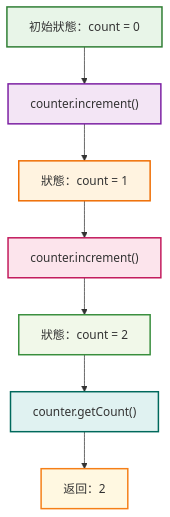
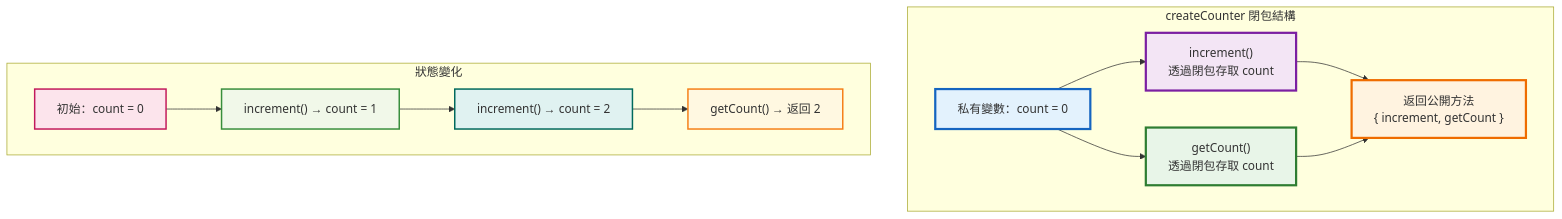
The second of 5 diagrams in source/_posts/lokiTech-js-baseclass-2.md (summer10920/summer10920.github.io), drawn with Mermaid before and after one commit. The commit also changed other lines of this file and 1 other file, not shown here.

```diff
--- a/source/_posts/lokiTech-js-baseclass-2.md
+++ b/source/_posts/lokiTech-js-baseclass-2.md
@@ -1183,16 +1030,33 @@
 {% mermaid graph TD %}
-    A["初始狀態：count = 0"] --> B["counter.increment()"]
-    B --> C["狀態：count = 1"]
-    C --> D["counter.increment()"]
-    D --> E["狀態：count = 2"]
-    E --> F["counter.getCount()"]
-    F --> G["返回：2"]
+    subgraph "createCounter 閉包結構"
+        A["私有變數：count = 0"]
+        B["increment()<br/>透過閉包存取 count"]
+        C["getCount()<br/>透過閉包存取 count"]
+        D["返回公開方法<br/>{ increment, getCount }"]
+    end
     
-    style A fill:#e8f5e8,stroke:#2e7d32,stroke-width:2px
-    style B fill:#f3e5f5,stroke:#7b1fa2,stroke-width:2px
-    style C fill:#fff3e0,stroke:#ef6c00,stroke-width:2px
-    style D fill:#fce4ec,stroke:#c2185b,stroke-width:2px
-    style E fill:#f1f8e9,stroke:#388e3c,stroke-width:2px
-    style F fill:#e0f2f1,stroke:#00695c,stroke-width:2px
-    style G fill:#fff8e1,stroke:#f57f17,stroke-width:2px
+    subgraph "狀態變化"
+        E["初始：count = 0"]
+        F["increment() → count = 1"]
+        G["increment() → count = 2"]
+        H["getCount() → 返回 2"]
+    end
+    
+    A --> B
+    A --> C
+    B --> D
+    C --> D
+    
+    E --> F
+    F --> G
+    G --> H
+    
+    style A fill:#e3f2fd,stroke:#1565c0,stroke-width:3px
+    style B fill:#f3e5f5,stroke:#7b1fa2,stroke-width:3px
+    style C fill:#e8f5e8,stroke:#2e7d32,stroke-width:3px
+    style D fill:#fff3e0,stroke:#ef6c00,stroke-width:3px
+    style E fill:#fce4ec,stroke:#c2185b,stroke-width:2px
+    style F fill:#f1f8e9,stroke:#388e3c,stroke-width:2px
+    style G fill:#e0f2f1,stroke:#00695c,stroke-width:2px
+    style H fill:#fff8e1,stroke:#f57f17,stroke-width:2px
 {% endmermaid %}
```
